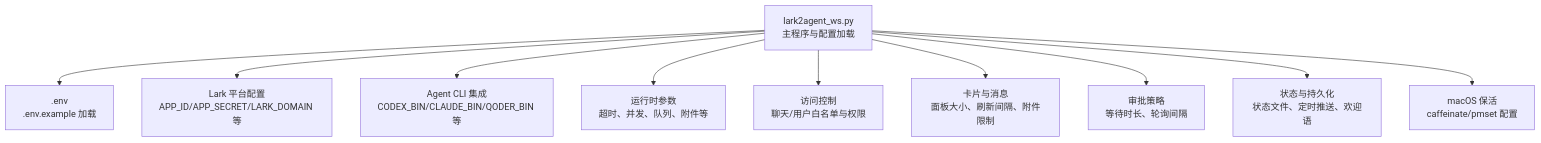
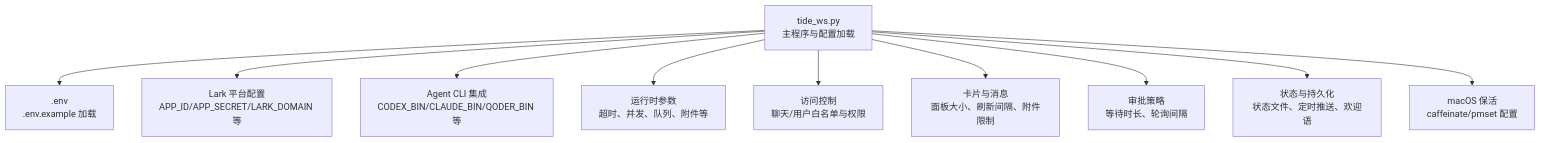
One commit to winditer/tide changed the first of 3 diagrams in .qoder/repowiki/zh/content/API 参考/配置参数参考.md. Above: the diagram before and after it, drawn with Mermaid. The commit also changed other lines of this file and 260 other files, not shown here.

````diff
--- a/.qoder/repowiki/zh/content/API 参考/配置参数参考.md
+++ b/.qoder/repowiki/zh/content/API 参考/配置参数参考.md
@@ -28,12 +28,12 @@
 ```mermaid
 graph TB
-A["lark2agent_ws.py<br/>主程序与配置加载"] --> B[".env<br/>.env.example 加载"]
+A["tide_ws.py<br/>主程序与配置加载"] --> B[".env<br/>.env.example 加载"]
 A --> C["Lark 平台配置<br/>APP_ID/APP_SECRET/LARK_DOMAIN 等"]
 A --> D["Agent CLI 集成<br/>CODEX_BIN/CLAUDE_BIN/QODER_BIN 等"]
 A --> E["运行时参数<br/>超时、并发、队列、附件等"]
 A --> F["访问控制<br/>聊天/用户白名单与权限"]
 A --> G["卡片与消息<br/>面板大小、刷新间隔、附件限制"]
 A --> H["审批策略<br/>等待时长、轮询间隔"]
 A --> I["状态与持久化<br/>状态文件、定时推送、欢迎语"]
 A --> J["macOS 保活<br/>caffeinate/pmset 配置"]
 ```
````
